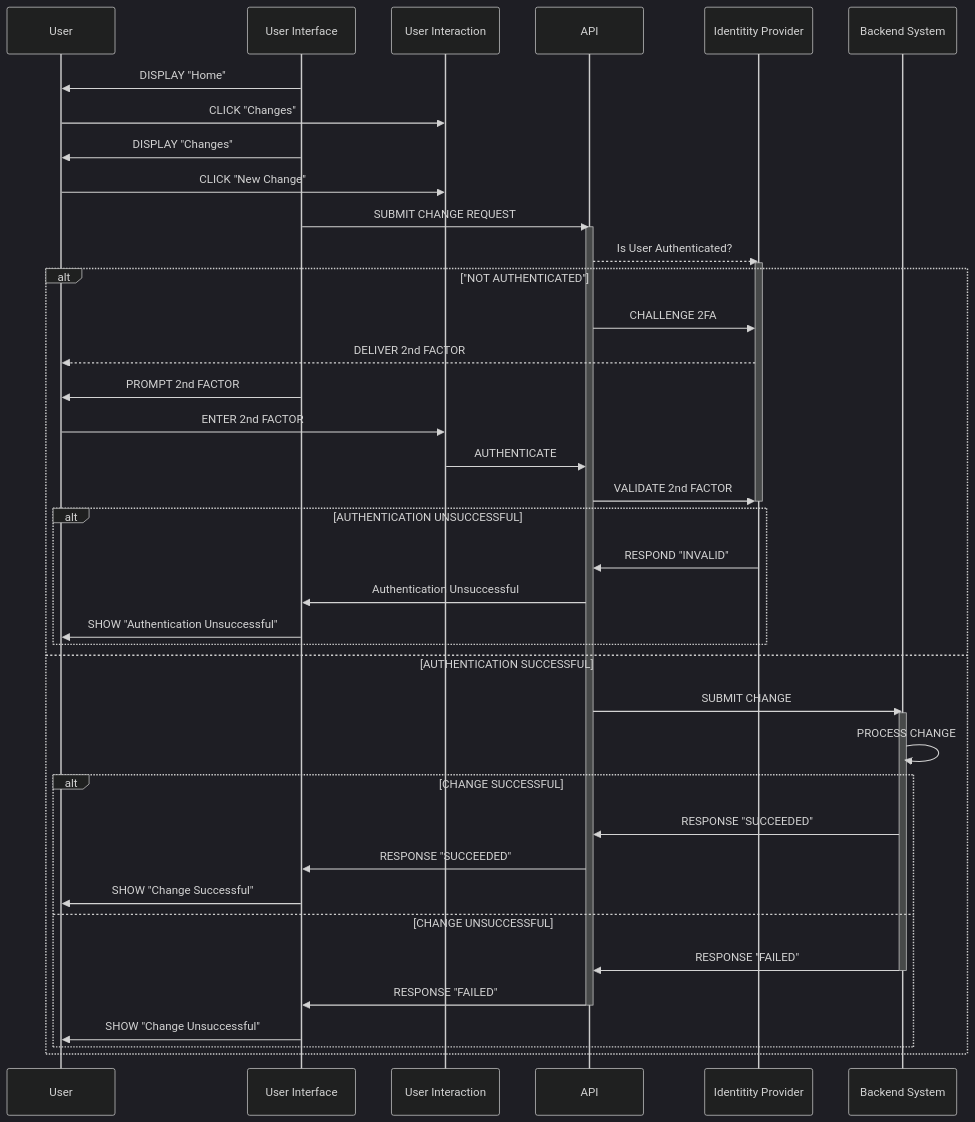
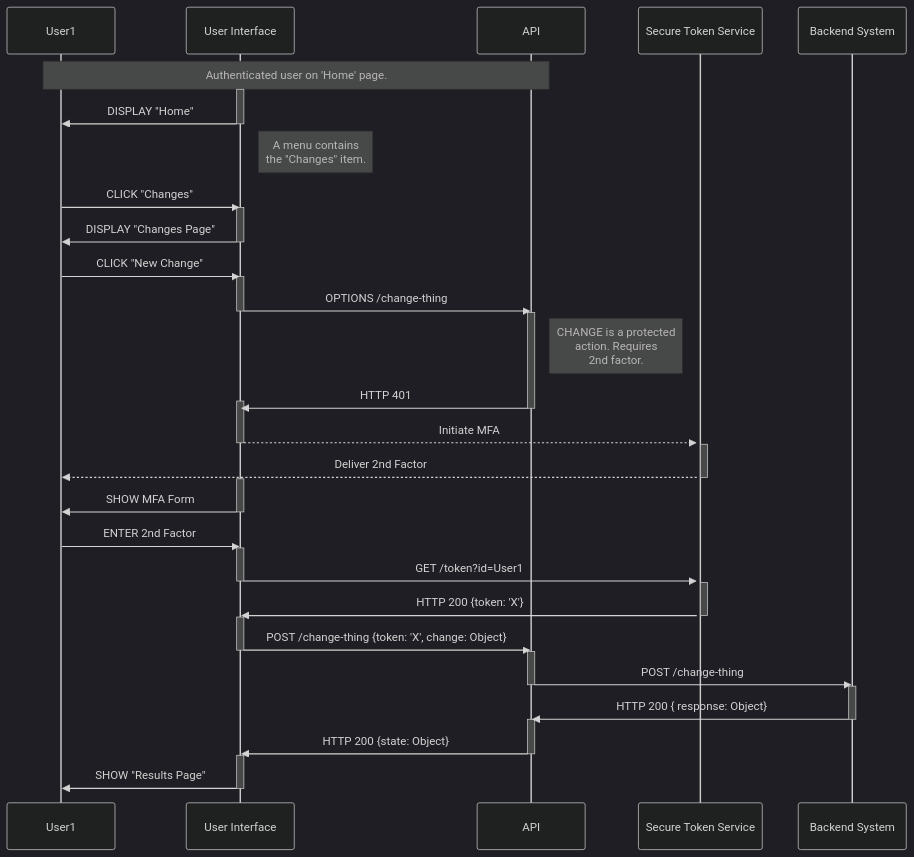
The diagram in content/posts/2fa-sequence.md (whatbirdisthat/wbit-blog), drawn with Mermaid before and after one commit. The commit also changed other lines of this file and 1 other file, not shown here.

Commit message:
protected CHANGE action sequence diagram added

````diff
--- a/content/posts/2fa-sequence.md
+++ b/content/posts/2fa-sequence.md
@@ -9,48 +11,58 @@
 ```mermaid
 %%{ init: {"theme":"dark"}}%%
 sequenceDiagram
-  participant USER as User
+  participant USER as User1
   participant UI as User Interface
-  participant ACT as User Interaction
   participant API as API
-  participant IDP as Identitity Provider
+  participant IDP as Secure Token Service
   participant BACKEND as Backend System
+  note over USER,API: Authenticated user on 'Home' page.
+  activate UI
   UI ->> USER: DISPLAY "Home"
-  USER ->> ACT: CLICK "Changes"
-  UI ->> USER: DISPLAY "Changes"
-  USER ->> ACT: CLICK "New Change"
-  UI ->> API: SUBMIT CHANGE REQUEST
+  deactivate UI
+  note right of UI: A menu contains<br/>the "Changes" item.
+  USER ->> UI: CLICK "Changes"
+  activate UI
+  UI ->> USER: DISPLAY "Changes Page"
+  deactivate UI
+  USER ->> UI: CLICK "New Change"
+  activate UI
+  UI ->> API: OPTIONS /change-thing
+  deactivate UI
   activate API
-  API -->> IDP: Is User Authenticated?
+  note right of API: CHANGE is a protected <br/> action. Requires <br/> 2nd factor.
+  API ->> UI: HTTP 401
+  activate UI
+  deactivate API
   activate IDP
-  alt "NOT AUTHENTICATED"
-    API ->> IDP: CHALLENGE 2FA
-    IDP -->> USER: DELIVER 2nd FACTOR
-    UI ->> USER: PROMPT 2nd FACTOR
-    USER ->> ACT: ENTER 2nd FACTOR
-    ACT ->> API: AUTHENTICATE
-    API ->> IDP: VALIDATE 2nd FACTOR
-    deactivate IDP
-    alt AUTHENTICATION UNSUCCESSFUL
-        IDP ->> API: RESPOND "INVALID"
-        API ->> UI: Authentication Unsuccessful
-        UI ->> USER: SHOW "Authentication Unsuccessful"
-    end
-  else AUTHENTICATION SUCCESSFUL
-    API ->> BACKEND: SUBMIT CHANGE
-    activate BACKEND
-    BACKEND ->> BACKEND: PROCESS CHANGE
-    alt CHANGE SUCCESSFUL
-        BACKEND ->> API: RESPONSE "SUCCEEDED"
-        API ->> UI: RESPONSE "SUCCEEDED"
-        UI ->> USER: SHOW "Change Successful"
-    else CHANGE UNSUCCESSFUL
-        BACKEND ->> API: RESPONSE "FAILED"
-        deactivate BACKEND
-        API ->> UI: RESPONSE "FAILED"
-        deactivate API
-        UI ->> USER: SHOW "Change Unsuccessful"
-    end
-  end
-
+  UI -->> IDP: Initiate MFA
+  deactivate UI
+  activate IDP
+  IDP -->> USER: Deliver 2nd Factor
+  deactivate IDP
+  activate UI
+  UI ->> USER: SHOW MFA Form
+  deactivate UI
+  USER ->> UI: ENTER 2nd Factor
+  activate UI
+  UI ->> IDP: GET /token?id=User1
+  deactivate UI
+  activate IDP
+  IDP ->> UI: HTTP 200 {token: 'X'}
+  deactivate IDP
+  activate UI
+  UI ->> API: POST /change-thing {token: 'X', change: Object}
+  deactivate UI
+  activate API
+  API ->> BACKEND: POST /change-thing
+  deactivate API
+  activate BACKEND
+  BACKEND ->> API: HTTP 200 { response: Object}
+  activate API
+  deactivate BACKEND
+  API ->> UI: HTTP 200 {state: Object}
+  deactivate API
+  activate UI
+  UI ->> USER: SHOW "Results Page"
+  deactivate UI
 ```
````
